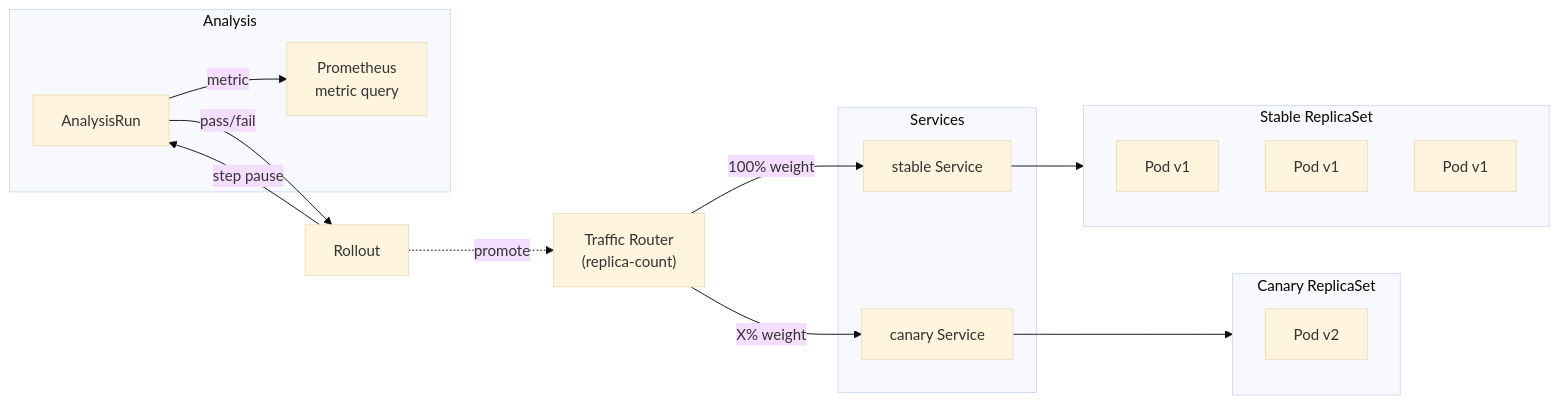
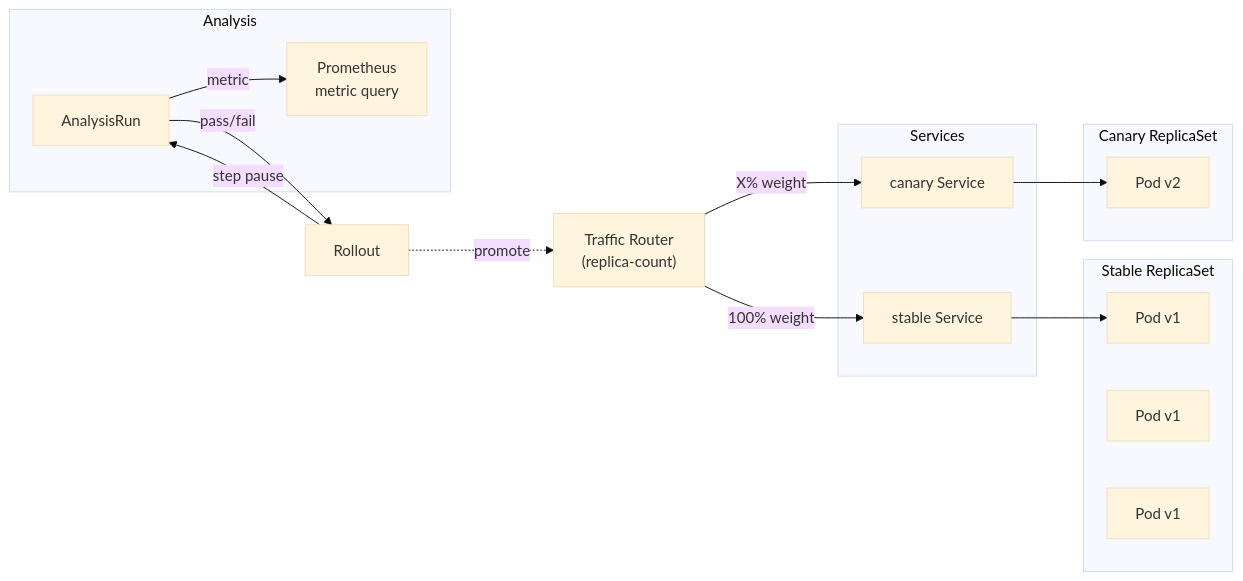
Before and after one commit to derio-net/frank: the diagram in blog/content/docs/operating/12-progressive-delivery/index.md, drawn with Mermaid (base theme). The commit also changed other lines of this file and 90 other files, not shown here.

````diff
--- a/blog/content/docs/operating/12-progressive-delivery/index.md
+++ b/blog/content/docs/operating/12-progressive-delivery/index.md
@@ -22,32 +22,32 @@
 ```mermaid
 graph LR
     subgraph stable["Stable ReplicaSet"]
         s1["Pod v1"]
         s2["Pod v1"]
         s3["Pod v1"]
     end
 
     subgraph canary["Canary ReplicaSet"]
         c1["Pod v2"]
     end
 
     subgraph svc["Services"]
         svc_stable["stable Service"]
         svc_canary["canary Service"]
     end
 
     subgraph analysis["Analysis"]
         ar["AnalysisRun"]
         prom["Prometheus<br/>metric query"]
     end
 
     router["Traffic Router<br/>(replica-count)"]
 
-    router -->|"100% weight"| svc_stable --> stable
-    router -->|"X% weight"| svc_canary --> canary
+    router -->|"100% weight"| svc_stable --> s1
+    router -->|"X% weight"| svc_canary --> c1
 
     Rollout -->|"step pause"| ar -->|"metric"| prom
     ar -->|"pass/fail"| Rollout
 
     Rollout -.->|"promote"| router
 ```
````
